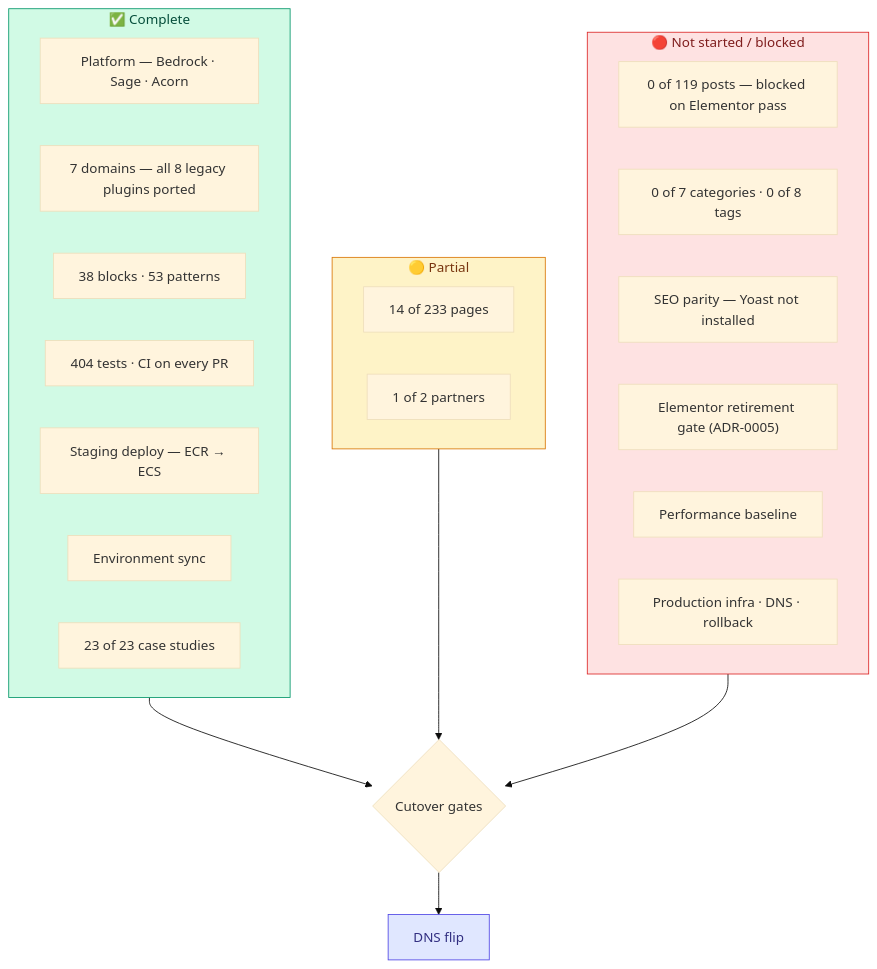
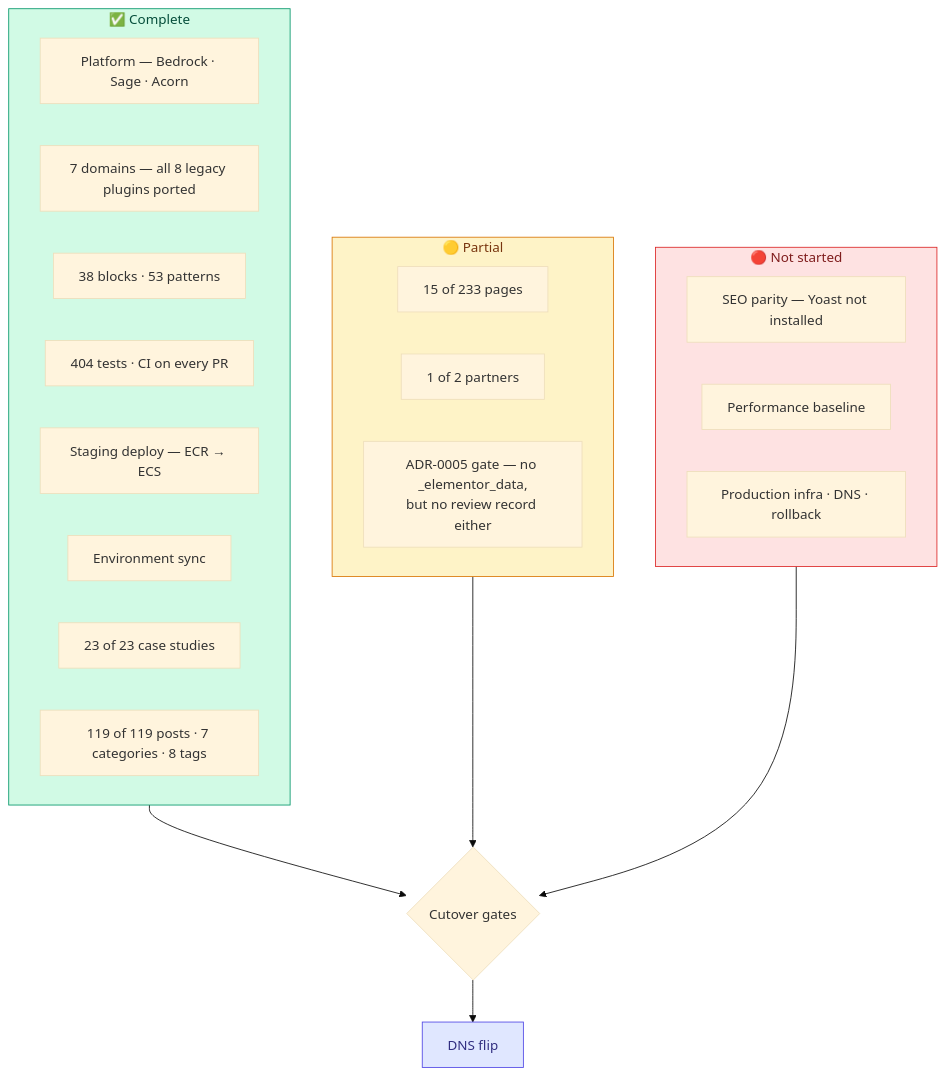
The diagram in web/app/themes/remote-leverage/docs/production-cutover.md (Remote-Leverage/remote-leverage-website-modernization), drawn with Mermaid (base theme) before and after one commit. The commit also changed other lines of this file and 4 other files, not shown here.

````diff
--- a/web/app/themes/remote-leverage/docs/production-cutover.md
+++ b/web/app/themes/remote-leverage/docs/production-cutover.md
@@ -15,36 +17,35 @@
 ```mermaid
 flowchart TB
     subgraph DONE["✅ Complete"]
         A1["Platform — Bedrock · Sage · Acorn"]
         A2["7 domains — all 8 legacy plugins ported"]
         A3["38 blocks · 53 patterns"]
         A4["404 tests · CI on every PR"]
         A5["Staging deploy — ECR → ECS"]
         A6["Environment sync"]
         A7["23 of 23 case studies"]
+        A8["119 of 119 posts · 7 categories · 8 tags"]
     end
 
     subgraph PART["🟡 Partial"]
-        B1["14 of 233 pages"]
+        B1["15 of 233 pages"]
         B2["1 of 2 partners"]
+        B3["ADR-0005 gate — no _elementor_data,<br/>but no review record either"]
     end
 
-    subgraph BLOCKED["🔴 Not started / blocked"]
-        C1["0 of 119 posts — blocked on Elementor pass"]
-        C2["0 of 7 categories · 0 of 8 tags"]
+    subgraph BLOCKED["🔴 Not started"]
         C3["SEO parity — Yoast not installed"]
-        C4["Elementor retirement gate (ADR-0005)"]
         C5["Performance baseline"]
         C6["Production infra · DNS · rollback"]
     end
 
     DONE --> GATE{"Cutover gates"}
     PART --> GATE
     BLOCKED --> GATE
     GATE --> LAUNCH["DNS flip"]
 
     style DONE fill:#d1fae5,stroke:#059669,color:#064e3b
     style PART fill:#fef3c7,stroke:#d97706,color:#78350f
     style BLOCKED fill:#fee2e2,stroke:#dc2626,color:#7f1d1d
     style LAUNCH fill:#e0e7ff,stroke:#4f46e5,color:#312e81
 ```
````
